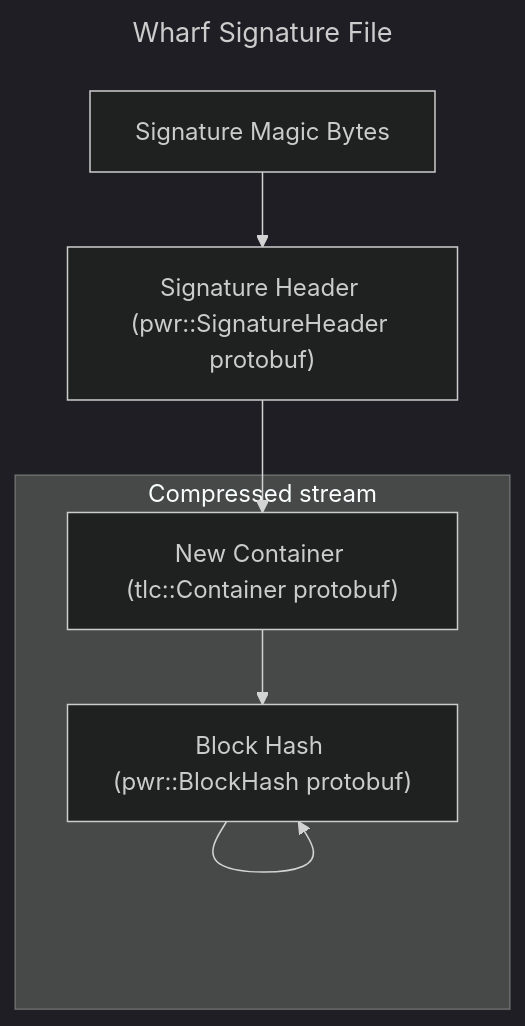
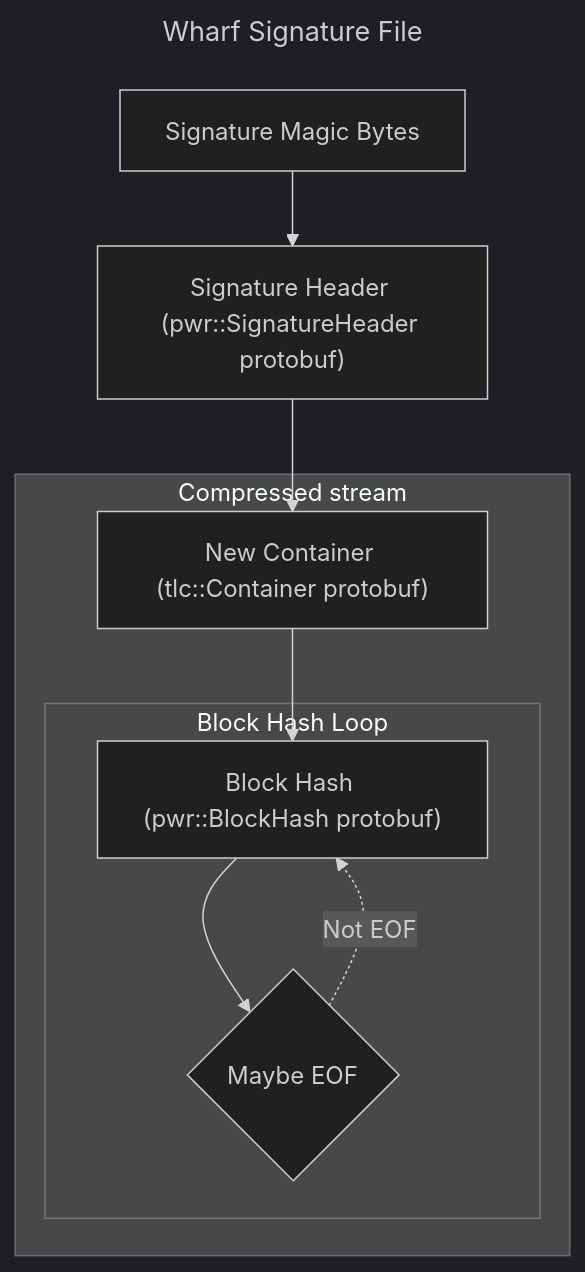
Before and after one commit to Vidi0/scratch-io: the diagram in docs/wharf/file_formats/signature.md, drawn with Mermaid (dark theme). The commit also changed 1 other file, not shown here.

Commit message:
Add explicit mention to EOF in the docs' flowcharts

````diff
--- a/docs/wharf/file_formats/signature.md
+++ b/docs/wharf/file_formats/signature.md
@@ -1,12 +1,15 @@
 ```mermaid
 ---
 title: Wharf Signature File
 ---
 flowchart TB
     Magic["Signature Magic Bytes"] --> SignatureHeader["Signature Header (pwr::SignatureHeader protobuf)"]
     SignatureHeader --> ContainerNew
     subgraph Compressed["Compressed stream"]
         ContainerNew["New Container (tlc::Container protobuf)"] --> BlockHash["Block Hash (pwr::BlockHash protobuf)"]
-        BlockHash --> BlockHash
+        subgraph BlockHashLoop["Block Hash Loop"]
+            BlockHash --> EOF
+            EOF{"Maybe EOF"} .->|"Not EOF"| BlockHash
+        end
     end
 ```
````
